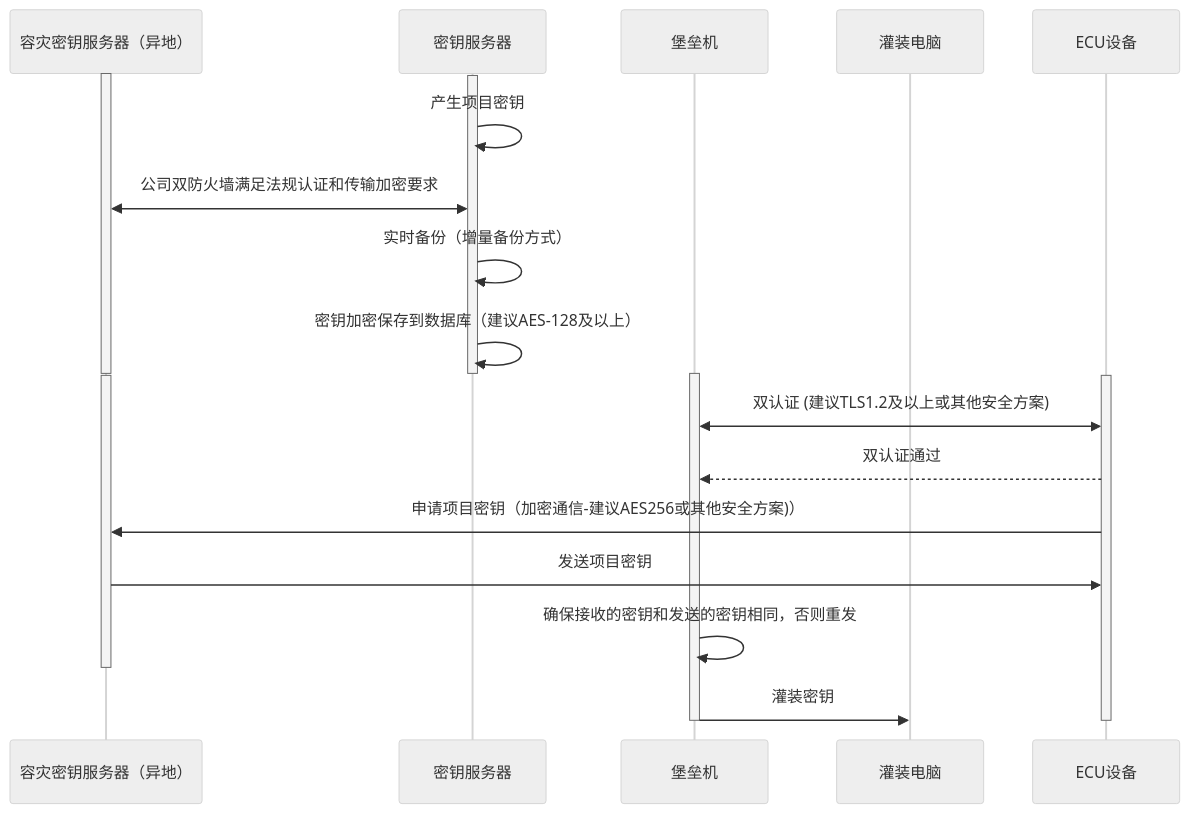
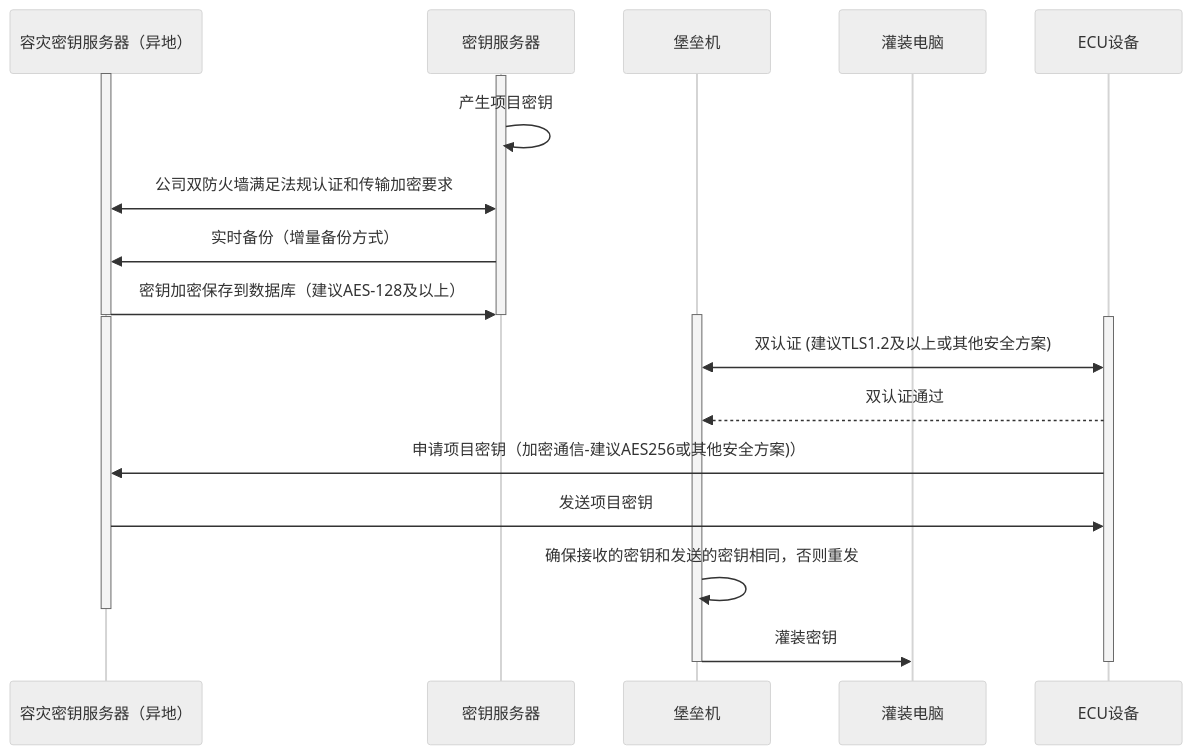
One commit to facebook-cloud/iodraw-files changed the diagram in all/未命名-15.md. Above: the diagram before and after it, drawn with Mermaid (neutral theme).

Commit message:
2026-02-07 10:00:14 update

````diff
--- a/all/未命名-15.md
+++ b/all/未命名-15.md
@@ -1,34 +1,34 @@
 ```mermaid
 sequenceDiagram
     participant A as 容灾密钥服务器（异地）
     participant B as 密钥服务器
     participant C as 堡垒机
     participant D as 灌装电脑
     participant E as ECU设备
 
     activate A
     activate B
     B->>B: 产生项目密钥
     A<<->>B: 公司双防火墙满足法规认证和传输加密要求
-    B->>B: 实时备份（增量备份方式）
-    B->>B: 密钥加密保存到数据库（建议AES-128及以上）
+    B->>A: 实时备份（增量备份方式）
+    A->>B: 密钥加密保存到数据库（建议AES-128及以上）
     deactivate B
     deactivate A
 
     activate C
     activate A
     activate E
 
     C<<->>E: 双认证 (建议TLS1.2及以上或其他安全方案)
     E-->>C: 双认证通过
 
     E->>A: 申请项目密钥（加密通信-建议AES256或其他安全方案)）
     A->>E: 发送项目密钥
 
     C->>C: 确保接收的密钥和发送的密钥相同，否则重发
     deactivate A
     C->>D: 灌装密钥
     deactivate C
     deactivate E
 
 ```
````
